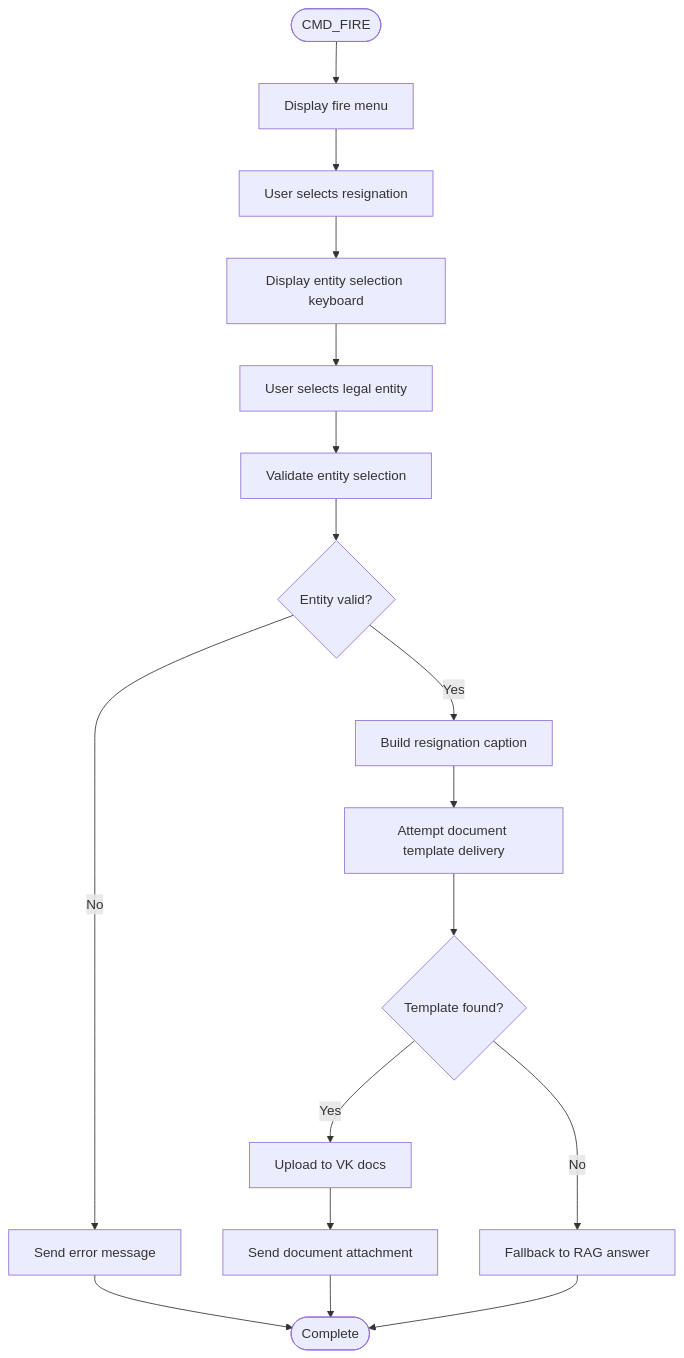
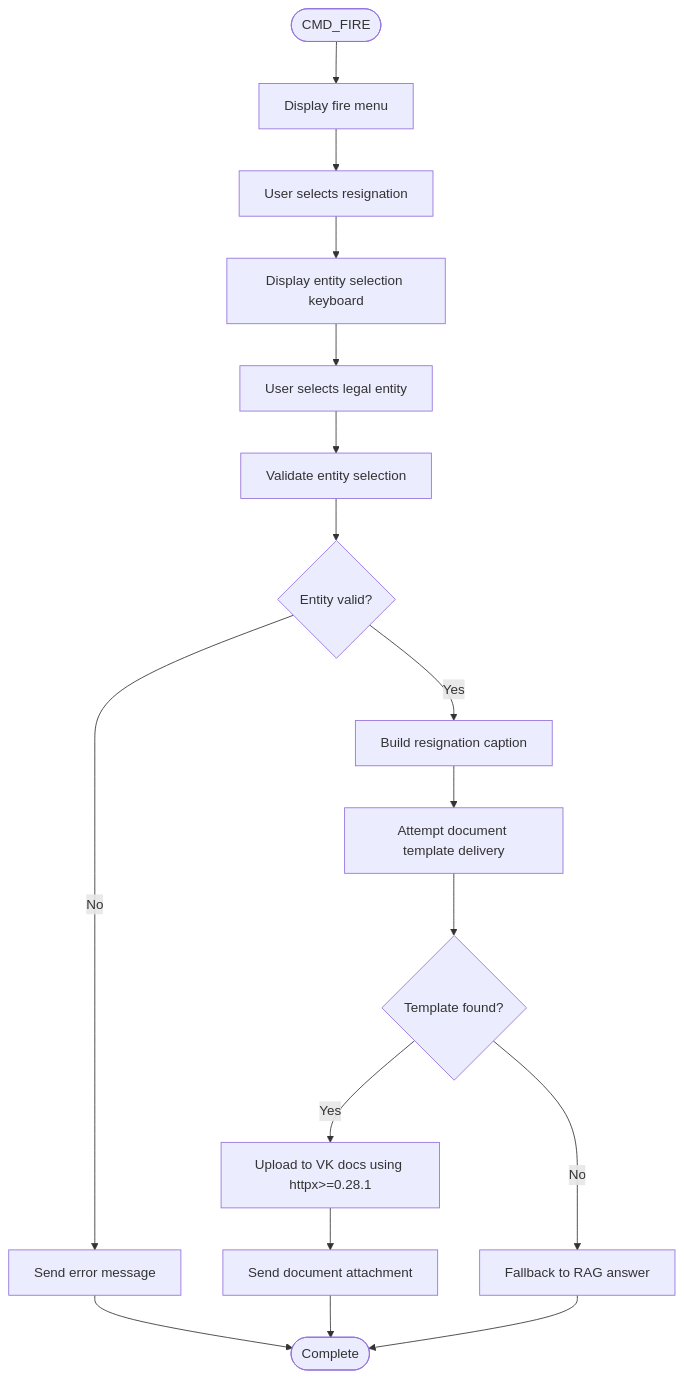
One commit to ognelis/cafetera_hr_bot changed diagram 21 of 35 in .qoder/repowiki/en/content/VK Integration/VK Integration.md. Above: the diagram before and after it, drawn with Mermaid. The commit also changed other lines of this file and 25 other files, not shown here.

````diff
--- a/.qoder/repowiki/en/content/VK Integration/VK Integration.md
+++ b/.qoder/repowiki/en/content/VK Integration/VK Integration.md
@@ -1154,19 +1178,19 @@
 ```mermaid
 flowchart TD
 Start(["CMD_FIRE"]) --> FireMenu["Display fire menu"]
 FireMenu --> Resignation["User selects resignation"]
 Resignation --> EntitySelect["Display entity selection keyboard"]
 EntitySelect --> EntityChoice["User selects legal entity"]
 EntityChoice --> Validate["Validate entity selection"]
 Validate --> Valid{"Entity valid?"}
 Valid --> |No| Error["Send error message"]
 Valid --> |Yes| Caption["Build resignation caption"]
 Caption --> Template["Attempt document template delivery"]
 Template --> Found{"Template found?"}
-Found --> |Yes| Upload["Upload to VK docs"]
+Found --> |Yes| Upload["Upload to VK docs using httpx>=0.28.1"]
 Upload --> Success["Send document attachment"]
 Found --> |No| Fallback["Fallback to RAG answer"]
 Success --> End(["Complete"])
 Error --> End
 Fallback --> End
 ```
````
